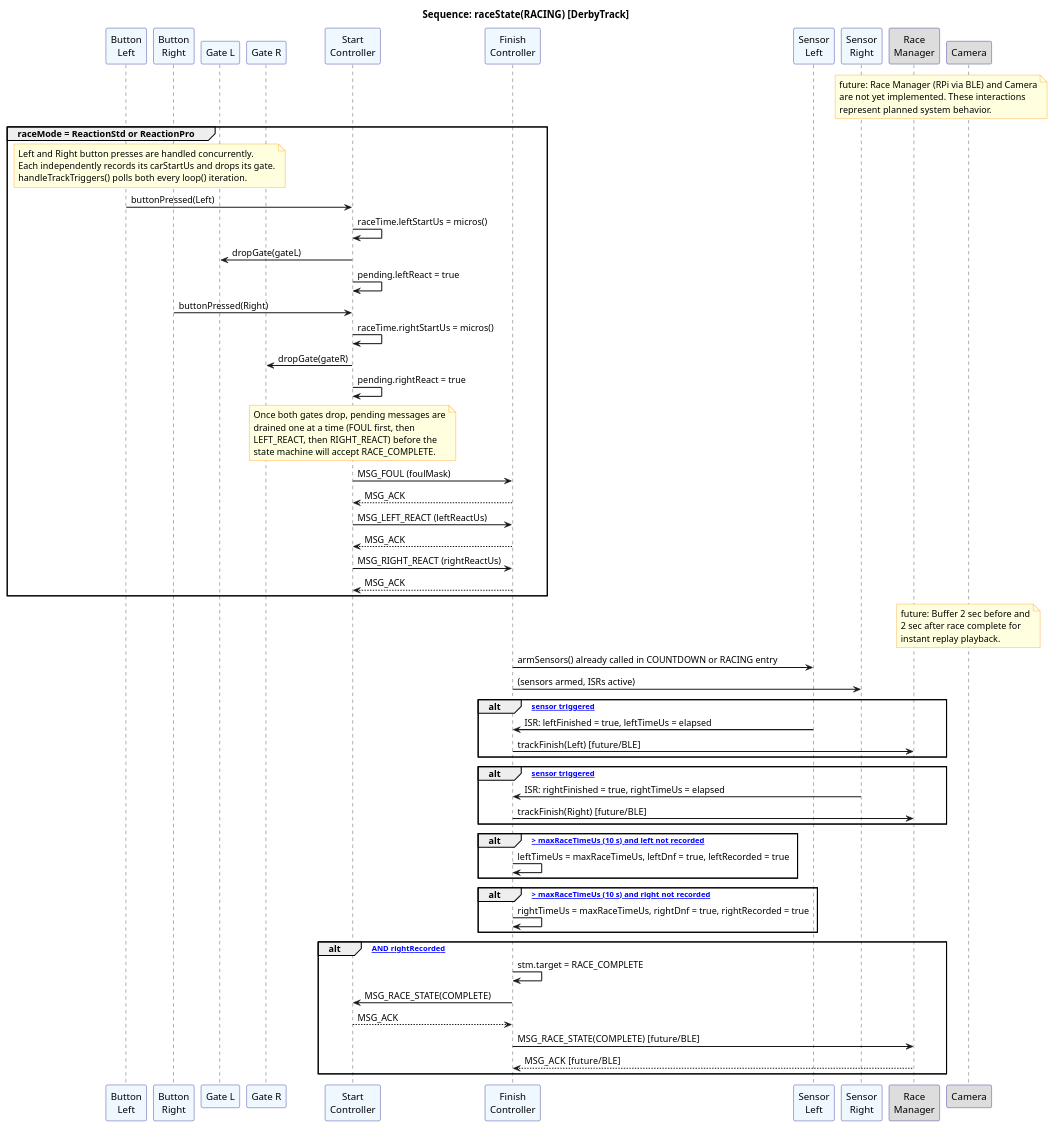
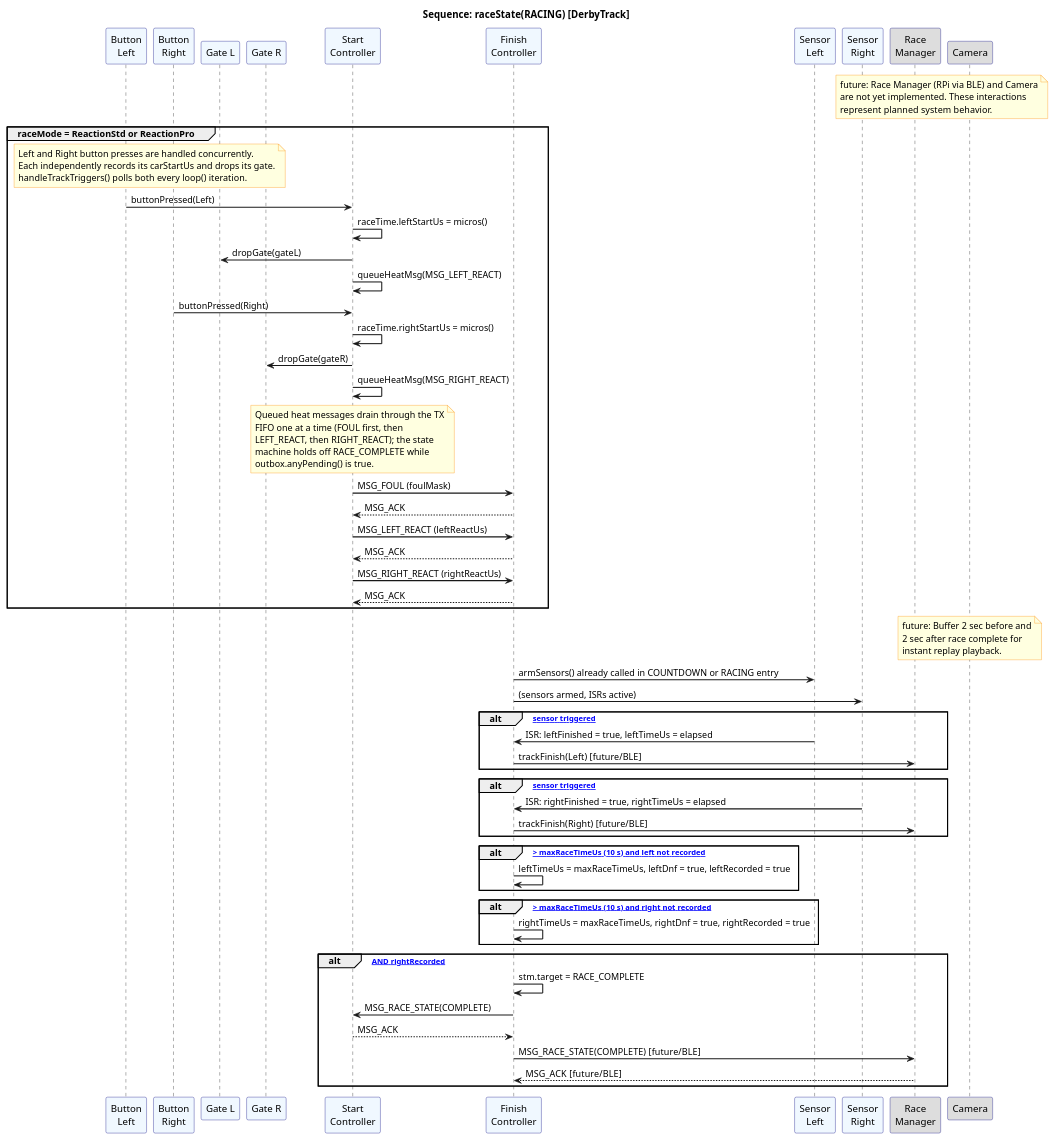
The diagram in docs/diagrams/seq_racing.puml (dgschaaf/DerbyTimer), drawn with PlantUML before and after one commit. The commit also changed 3 other files, not shown here.

```diff
--- a/docs/diagrams/seq_racing.puml
+++ b/docs/diagrams/seq_racing.puml
@@ -1,115 +1,116 @@
 @startuml seq_raceState_RACING
 skinparam sequenceArrowThickness 1.5
 skinparam sequenceParticipantBorderColor Navy
 skinparam sequenceParticipantBackgroundColor AliceBlue
 skinparam noteBackgroundColor LightYellow
 skinparam noteBorderColor DarkOrange
 skinparam sequenceGroupBorderThickness 1.5
 
 title Sequence: raceState(RACING) [DerbyTrack]
 
 ' ============================================================
 ' PARTICIPANTS
 ' ============================================================
 participant "Button\nLeft"       as BL_BTN
 participant "Button\nRight"      as BR_BTN
 participant "Gate L"             as GL
 participant "Gate R"             as GR
 participant "Start\nController"  as SC
 participant "Finish\nController" as FC
 participant "Sensor\nLeft"       as SL
 participant "Sensor\nRight"      as SR
 participant "Race\nManager"      as RM  #DDDDDD
 participant "Camera"             as CAM #DDDDDD
 
 note over RM, CAM
   future: Race Manager (RPi via BLE) and Camera
   are not yet implemented. These interactions
   represent planned system behavior.
 end note
 
 ' ============================================================
 ' Reaction mode: drivers press buttons to release gates
 ' and start their individual reaction timers.
 ' Both lanes are handled concurrently every loop().
 ' ============================================================
 group raceMode = ReactionStd or ReactionPro
   note over BL_BTN, BR_BTN
     Left and Right button presses are handled concurrently.
     Each independently records its carStartUs and drops its gate.
     handleTrackTriggers() polls both every loop() iteration.
   end note
 
   BL_BTN -> SC : buttonPressed(Left)
   SC -> SC     : raceTime.leftStartUs = micros()
   SC -> GL     : dropGate(gateL)
-  SC -> SC     : pending.leftReact = true
+  SC -> SC     : queueHeatMsg(MSG_LEFT_REACT)
 
   BR_BTN -> SC : buttonPressed(Right)
   SC -> SC     : raceTime.rightStartUs = micros()
   SC -> GR     : dropGate(gateR)
-  SC -> SC     : pending.rightReact = true
+  SC -> SC     : queueHeatMsg(MSG_RIGHT_REACT)
 
   note over SC
-    Once both gates drop, pending messages are
-    drained one at a time (FOUL first, then
-    LEFT_REACT, then RIGHT_REACT) before the
-    state machine will accept RACE_COMPLETE.
+    Queued heat messages drain through the TX
+    FIFO one at a time (FOUL first, then
+    LEFT_REACT, then RIGHT_REACT); the state
+    machine holds off RACE_COMPLETE while
+    outbox.anyPending() is true.
   end note
 
   SC -> FC : MSG_FOUL (foulMask)
   FC --> SC : MSG_ACK
   SC -> FC : MSG_LEFT_REACT (leftReactUs)
   FC --> SC : MSG_ACK
   SC -> FC : MSG_RIGHT_REACT (rightReactUs)
   FC --> SC : MSG_ACK
 end
 
 ' ============================================================
 ' Camera buffer [future]
 ' ============================================================
 note over CAM
   future: Buffer 2 sec before and
   2 sec after race complete for
   instant replay playback.
 end note
 
 ' ============================================================
 ' Sensor monitoring — finishController side
 ' ============================================================
 FC -> SL : armSensors() already called in COUNTDOWN or RACING entry
 FC -> SR : (sensors armed, ISRs active)
 
 alt [left sensor triggered]
   SL -> FC : ISR: leftFinished = true, leftTimeUs = elapsed
   FC -> RM : trackFinish(Left)  [future/BLE]
 end
 
 alt [right sensor triggered]
   SR -> FC : ISR: rightFinished = true, rightTimeUs = elapsed
   FC -> RM : trackFinish(Right)  [future/BLE]
 end
 
 ' ============================================================
 ' Timeout guard — auto-complete lane if >10 seconds
 ' ============================================================
 alt [elapsed > maxRaceTimeUs (10 s) and left not recorded]
   FC -> FC : leftTimeUs = maxRaceTimeUs, leftDnf = true, leftRecorded = true
 end
 
 alt [elapsed > maxRaceTimeUs (10 s) and right not recorded]
   FC -> FC : rightTimeUs = maxRaceTimeUs, rightDnf = true, rightRecorded = true
 end
 
 ' ============================================================
 ' Both lanes recorded -> transition to COMPLETE
 ' ============================================================
 alt [leftRecorded AND rightRecorded]
   FC -> FC  : stm.target = RACE_COMPLETE
   FC -> SC  : MSG_RACE_STATE(COMPLETE)
   SC --> FC : MSG_ACK
   FC -> RM  : MSG_RACE_STATE(COMPLETE)  [future/BLE]
   RM --> FC : MSG_ACK  [future/BLE]
 end
 
 @enduml
```
